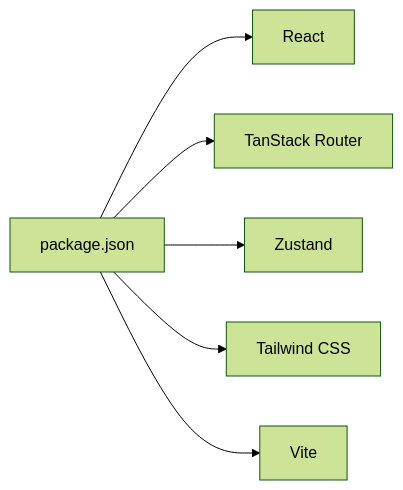
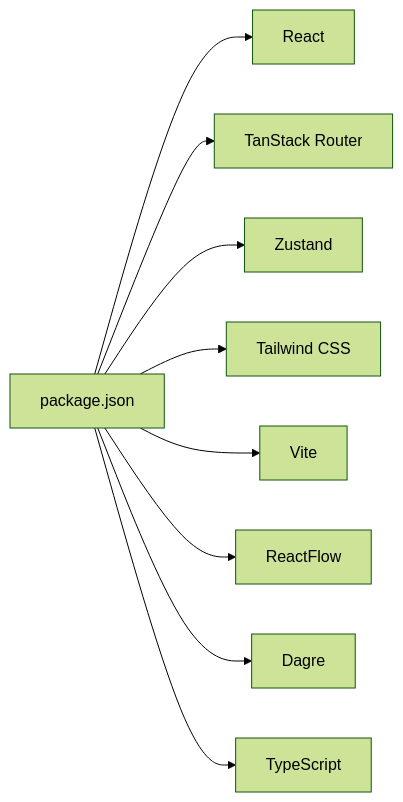
Before and after one commit to franckylab/eLISAschool: the tenth of 10 diagrams in .qoder/repowiki/en/content/System Architecture/Frontend Architecture/Frontend Architecture.md, drawn with Mermaid (forest theme). The commit also changed other lines of this file and 134 other files, not shown here.

````diff
--- a/.qoder/repowiki/en/content/System Architecture/Frontend Architecture/Frontend Architecture.md
+++ b/.qoder/repowiki/en/content/System Architecture/Frontend Architecture/Frontend Architecture.md
@@ -278,8 +438,11 @@
 ```mermaid
 graph LR
 Pkg["package.json"] --> React["React"]
 Pkg --> Router["TanStack Router"]
 Pkg --> Zustand["Zustand"]
 Pkg --> Tailwind["Tailwind CSS"]
 Pkg --> Vite["Vite"]
+Pkg --> ReactFlow["ReactFlow"]
+Pkg --> Dagre["Dagre"]
+Pkg --> Typescript["TypeScript"]
 ```
````
